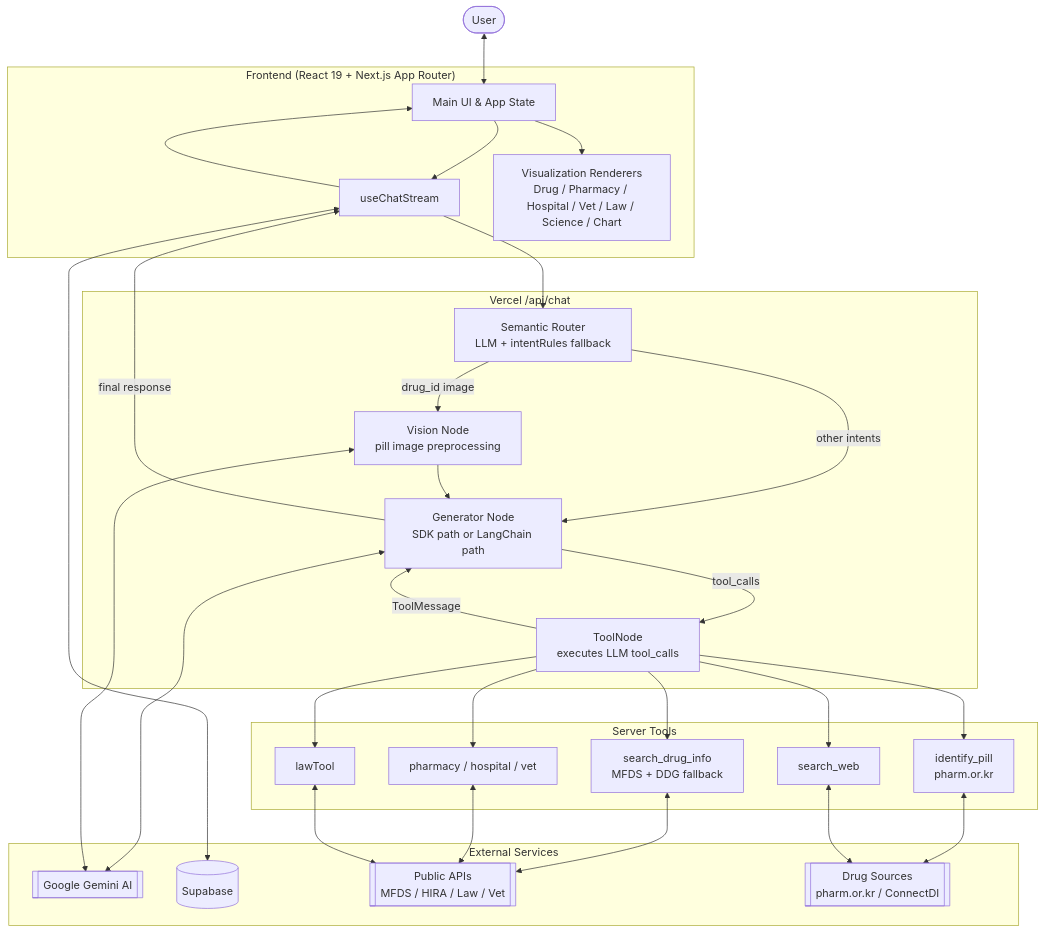
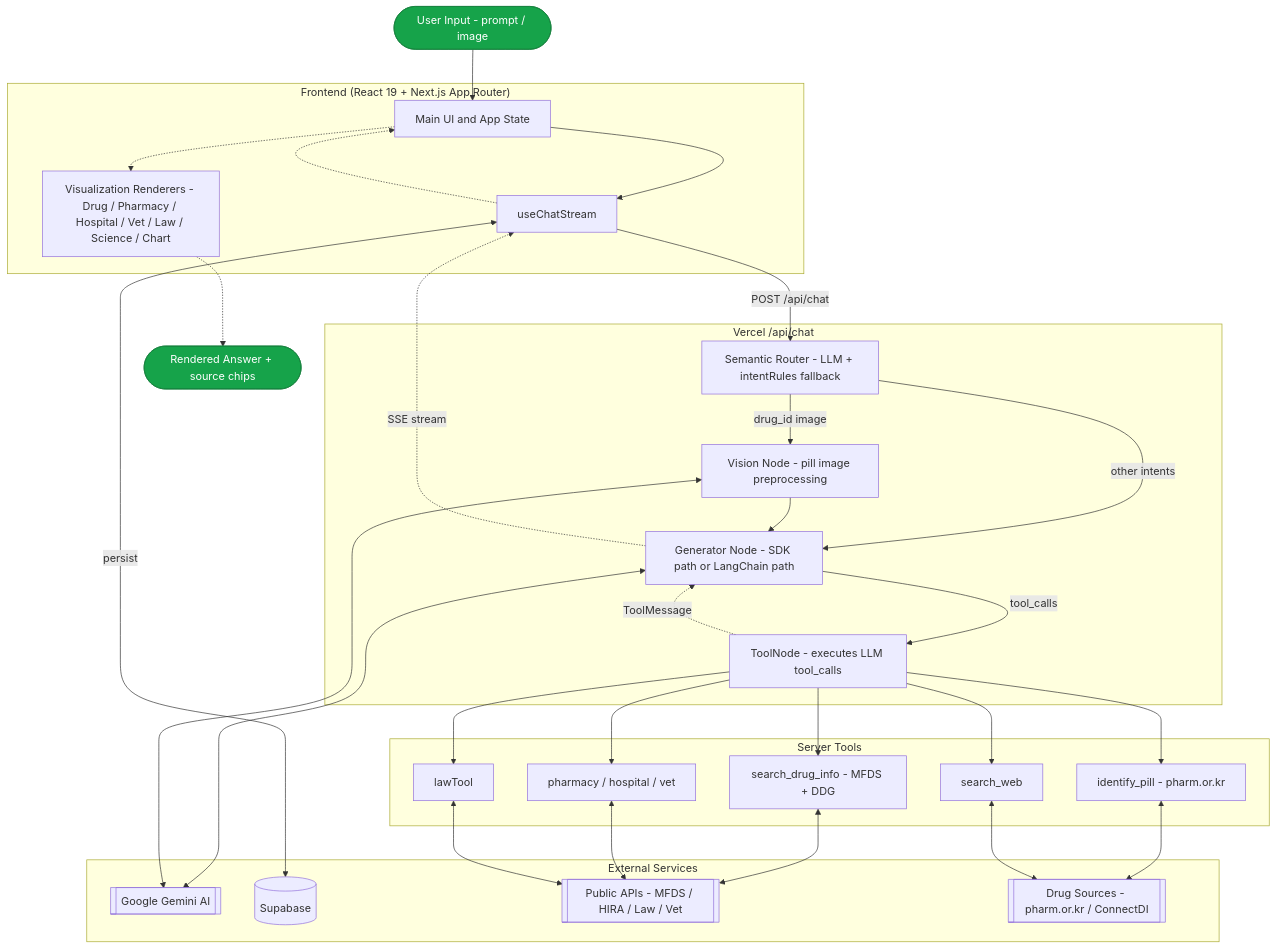
One commit to jpjp92/chat-agent changed the first of 2 diagrams in README.md. Above: the diagram before and after it, drawn with Mermaid. The commit also changed other lines of this file and 15 other files, not shown here.

Commit message:
feat: Stage1 grounding thinkingBudget 0 적용 및 문서/계획 정리 - generator.ts: 비-medical 검색 쿼리 Stage1 thinkingBudget 0 (grounding latency ~48% 단축, 무손실) - medical_qa는 budget 3000 유지 - docs: PLAN_ 접두 통일, README 개편, REF_Architecture 추가, DEV_260602 로그 정리 - gpt image 모델 테스트 정리

````diff
--- a/README.md
+++ b/README.md
@@ -85,58 +87,66 @@
 ```mermaid
 flowchart TB
-    User([User])
+    In([User Input - prompt / image])
 
     subgraph Frontend ["Frontend (React 19 + Next.js App Router)"]
-        UI[Main UI & App State]
+        UI[Main UI and App State]
         Stream[useChatStream]
-        Renderers["Visualization Renderers\nDrug / Pharmacy / Hospital / Vet / Law / Science / Chart"]
+        Renderers["Visualization Renderers - Drug / Pharmacy / Hospital / Vet / Law / Science / Chart"]
     end
 
     subgraph ChatAPI ["Vercel /api/chat"]
-        Router["Semantic Router\nLLM + intentRules fallback"]
-        Vision["Vision Node\npill image preprocessing"]
-        Generator["Generator Node\nSDK path or LangChain path"]
-        ToolNode["ToolNode\nexecutes LLM tool_calls"]
+        Router["Semantic Router - LLM + intentRules fallback"]
+        Vision["Vision Node - pill image preprocessing"]
+        Generator["Generator Node - SDK path or LangChain path"]
+        ToolNode["ToolNode - executes LLM tool_calls"]
     end
 
     subgraph Tools ["Server Tools"]
-        DrugLookup["identify_pill\npharm.or.kr"]
-        DrugInfo["search_drug_info\nMFDS + DDG fallback"]
+        DrugLookup["identify_pill - pharm.or.kr"]
+        DrugInfo["search_drug_info - MFDS + DDG"]
         LocationTools["pharmacy / hospital / vet"]
         LawTool["lawTool"]
         WebSearch["search_web"]
     end
 
     subgraph External ["External Services"]
         Gemini[["Google Gemini AI"]]
         Supabase[("Supabase")]
-        PublicAPIs[["Public APIs\nMFDS / HIRA / Law / Vet"]]
-        DrugSites[["Drug Sources\npharm.or.kr / ConnectDI"]]
+        PublicAPIs[["Public APIs - MFDS / HIRA / Law / Vet"]]
+        DrugSites[["Drug Sources - pharm.or.kr / ConnectDI"]]
     end
 
-    User <--> UI
+    Out([Rendered Answer + source chips])
+
+    %% Request (input) path - solid
+    In --> UI
     UI --> Stream
-    Stream --> Router
-    Router -- "drug_id image" --> Vision
-    Router -- "other intents" --> Generator
+    Stream -->|POST /api/chat| Router
+    Router -->|drug_id image| Vision
+    Router -->|other intents| Generator
     Vision --> Generator
-    Generator -- "tool_calls" --> ToolNode
-    ToolNode -- "ToolMessage" --> Generator
-    Generator -- "final response" --> Stream
-    Stream --> UI
-    UI --> Renderers
-
-    Generator <--> Gemini
-    Vision <--> Gemini
+    Generator -->|tool_calls| ToolNode
     ToolNode --> DrugLookup
     ToolNode --> DrugInfo
     ToolNode --> LocationTools
     ToolNode --> LawTool
     ToolNode --> WebSearch
+    Generator <--> Gemini
+    Vision <--> Gemini
     DrugLookup <--> DrugSites
     DrugInfo <--> PublicAPIs
     LocationTools <--> PublicAPIs
     LawTool <--> PublicAPIs
     WebSearch <--> DrugSites
-    Stream <--> Supabase
+
+    %% Response (output) path - dashed
+    ToolNode -.->|ToolMessage| Generator
+    Generator -.->|SSE stream| Stream
+    Stream -.-> UI
+    UI -.-> Renderers
+    Renderers -.-> Out
+    Stream <-->|persist| Supabase
+
+    classDef io fill:#16a34a,stroke:#15803d,color:#fff;
+    class In,Out io;
 ```
````
